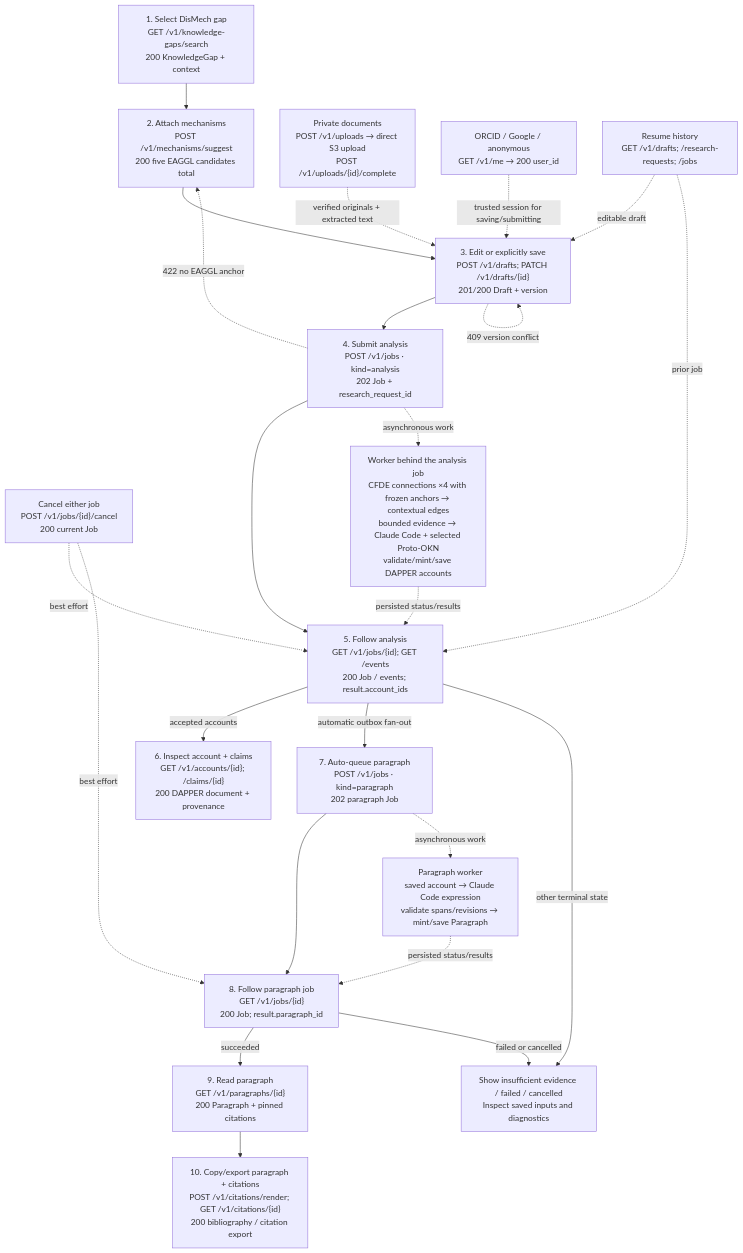
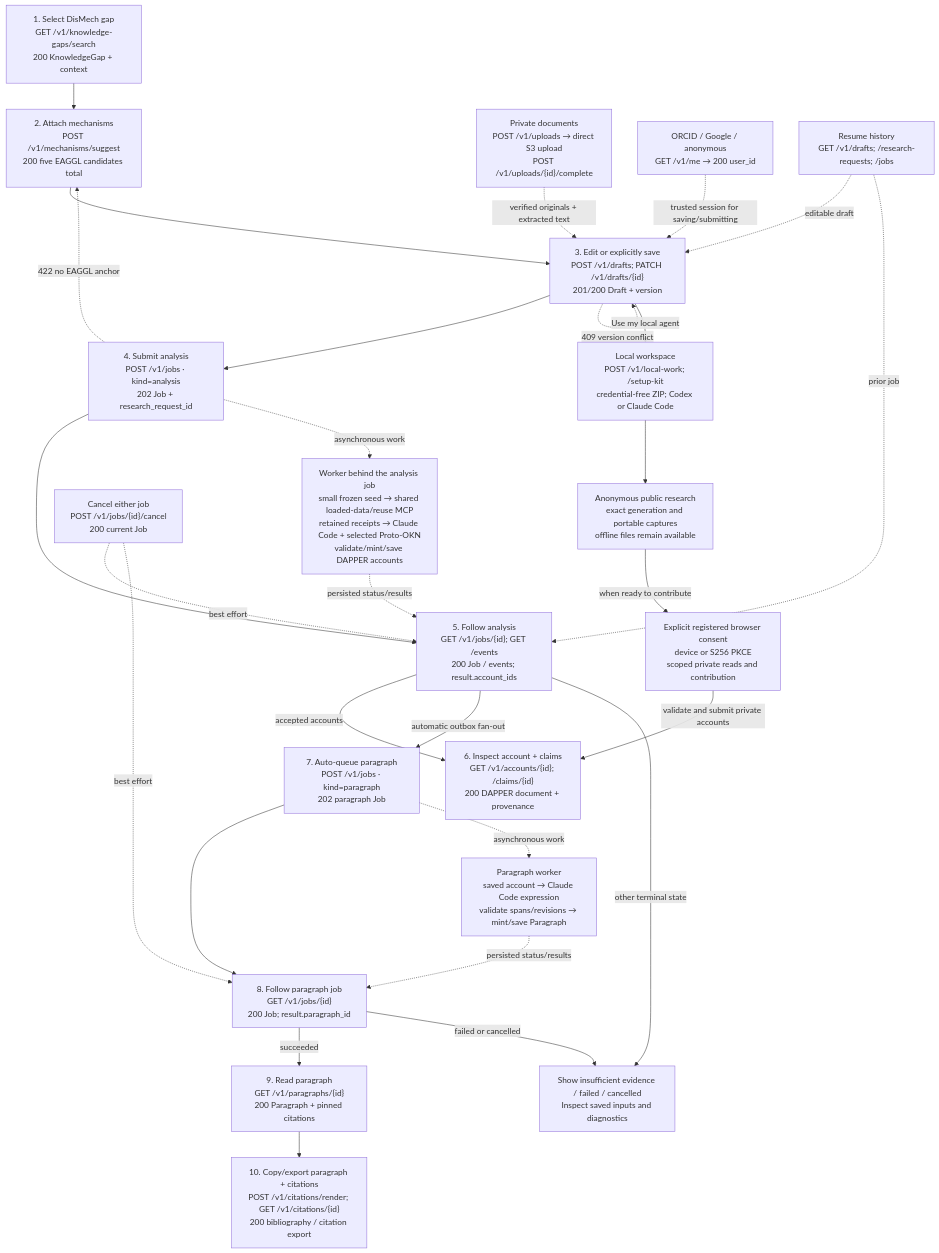
The diagram in api/flow.md (yakaboskic/reveal-mechanisms), drawn with Mermaid before and after one commit. The commit also changed other lines of this file and 359 other files, not shown here.

Commit message:
Unify agent authoring and evidence export on DAPPER 0.2.0

````diff
--- a/api/flow.md
+++ b/api/flow.md
@@ -7,34 +7,39 @@
 ```mermaid
 flowchart TB
   G["1. Select DisMech gap<br/>GET /v1/knowledge-gaps/search<br/>200 KnowledgeGap + context"]
   M["2. Attach mechanisms<br/>POST /v1/mechanisms/suggest<br/>200 five EAGGL candidates total"]
   D["3. Edit or explicitly save<br/>POST /v1/drafts; PATCH /v1/drafts/{id}<br/>201/200 Draft + version"]
   A["4. Submit analysis<br/>POST /v1/jobs · kind=analysis<br/>202 Job + research_request_id"]
   J["5. Follow analysis<br/>GET /v1/jobs/{id}; GET /events<br/>200 Job / events; result.account_ids"]
   S["6. Inspect account + claims<br/>GET /v1/accounts/{id}; /claims/{id}<br/>200 DAPPER document + provenance"]
   P["7. Auto-queue paragraph<br/>POST /v1/jobs · kind=paragraph<br/>202 paragraph Job"]
   Q["8. Follow paragraph job<br/>GET /v1/jobs/{id}<br/>200 Job; result.paragraph_id"]
   T["9. Read paragraph<br/>GET /v1/paragraphs/{id}<br/>200 Paragraph + pinned citations"]
   C["10. Copy/export paragraph + citations<br/>POST /v1/citations/render; GET /v1/citations/{id}<br/>200 bibliography / citation export"]
   U["Private documents<br/>POST /v1/uploads → direct S3 upload<br/>POST /v1/uploads/{id}/complete"] -. verified originals + extracted text .-> D
   G --> M --> D --> A --> J
+  L["Local workspace<br/>POST /v1/local-work; /setup-kit<br/>credential-free ZIP; Codex or Claude Code"]
+  R["Anonymous public research<br/>exact generation and portable captures<br/>offline files remain available"]
+  O["Explicit registered browser consent<br/>device or S256 PKCE<br/>scoped private reads and contribution"]
+  D -->|Use my local agent| L --> R -->|when ready to contribute| O
+  O -->|validate and submit private accounts| S
   J -->|accepted accounts| S
   J -->|automatic outbox fan-out| P --> Q
   Q -->|succeeded| T --> C
   I["ORCID / Google / anonymous<br/>GET /v1/me → 200 user_id"] -. trusted session for saving/submitting .-> D
   H["Resume history<br/>GET /v1/drafts; /research-requests; /jobs"] -. editable draft .-> D
   H -. prior job .-> J
   D -. 409 version conflict .-> D
   A -. 422 no EAGGL anchor .-> M
   X["Cancel either job<br/>POST /v1/jobs/{id}/cancel<br/>200 current Job"] -. best effort .-> J
   X -. best effort .-> Q
   F["Show insufficient evidence / failed / cancelled<br/>Inspect saved inputs and diagnostics"]
   J -->|other terminal state| F
   Q -->|failed or cancelled| F
-  W["Worker behind the analysis job<br/>CFDE connections ×4 with frozen anchors → contextual edges<br/>bounded evidence → Claude Code + selected Proto-OKN<br/>validate/mint/save DAPPER accounts"]
+  W["Worker behind the analysis job<br/>small frozen seed → shared loaded-data/reuse MCP<br/>retained receipts → Claude Code + selected Proto-OKN<br/>validate/mint/save DAPPER accounts"]
   A -. asynchronous work .-> W
   W -. persisted status/results .-> J
   V["Paragraph worker<br/>saved account → Claude Code expression<br/>validate spans/revisions → mint/save Paragraph"]
   P -. asynchronous work .-> V
   V -. persisted status/results .-> Q
 ```
````
